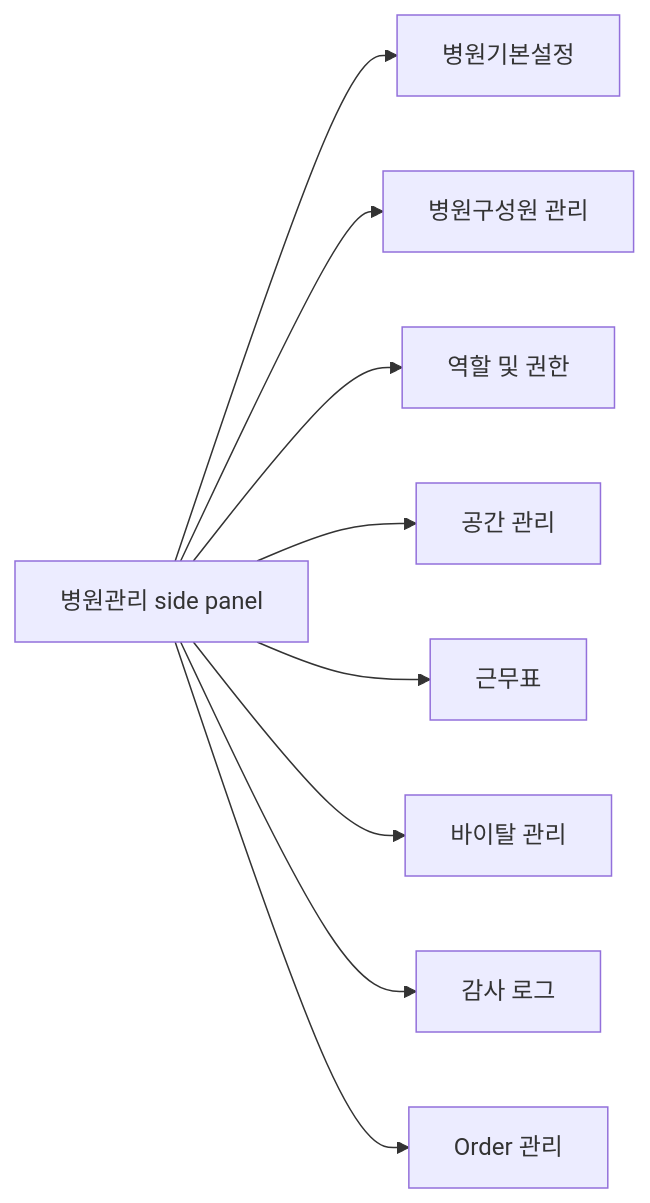
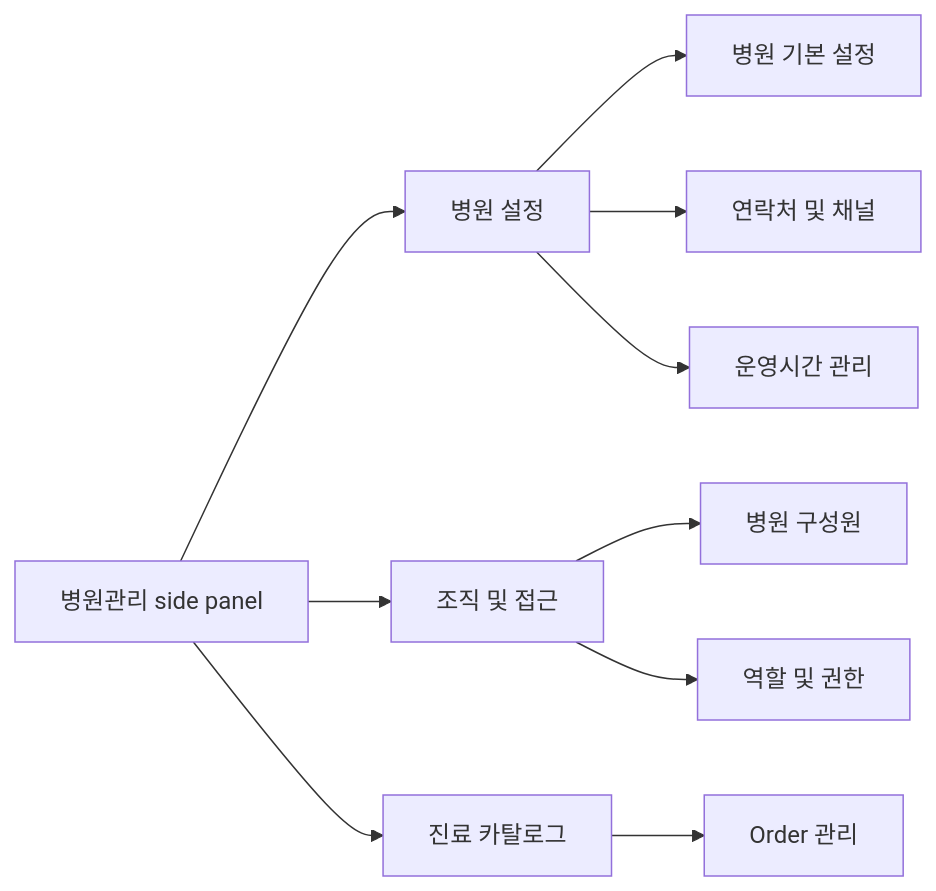
The diagram in docs/design/screens/hospital-admin/hospital-admin-settings-hub-ux.md (mcso0/emr-app-shell-prototype), drawn with Mermaid before and after one commit. The commit also changed other lines of this file and 58 other files, not shown here.

````diff
--- a/docs/design/screens/hospital-admin/hospital-admin-settings-hub-ux.md
+++ b/docs/design/screens/hospital-admin/hospital-admin-settings-hub-ux.md
@@ -32,11 +35,12 @@
 ```mermaid
 flowchart LR
-  A["병원관리 side panel"] --> B["병원기본설정"]
-  A --> C["병원구성원 관리"]
-  A --> D["역할 및 권한"]
-  A --> E["공간 관리"]
-  A --> F["근무표"]
-  A --> G["바이탈 관리"]
-  A --> H["감사 로그"]
-  A --> I["Order 관리"]
+  A["병원관리 side panel"] --> B["병원 설정"]
+  A --> C["조직 및 접근"]
+  A --> D["진료 카탈로그"]
+  B --> E["병원 기본 설정"]
+  B --> F["연락처 및 채널"]
+  B --> G["운영시간 관리"]
+  C --> H["병원 구성원"]
+  C --> I["역할 및 권한"]
+  D --> J["Order 관리"]
 ```
````
